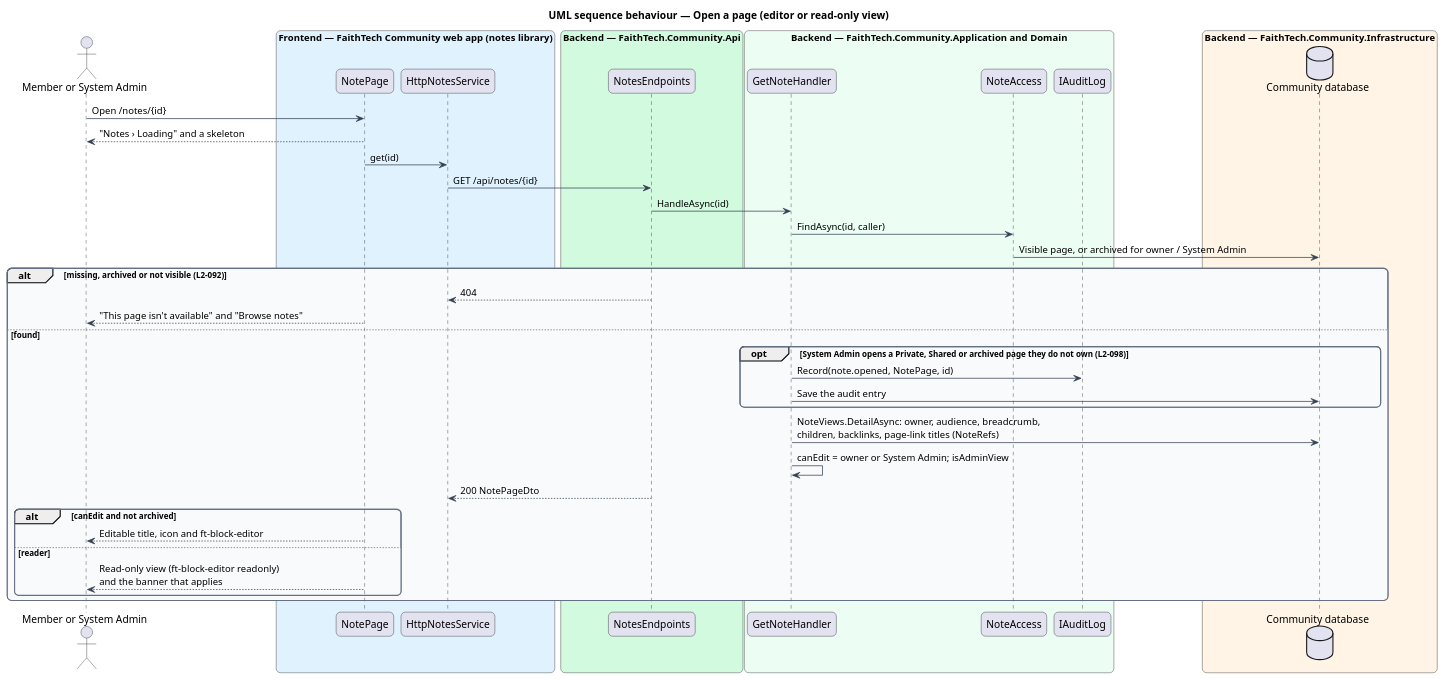
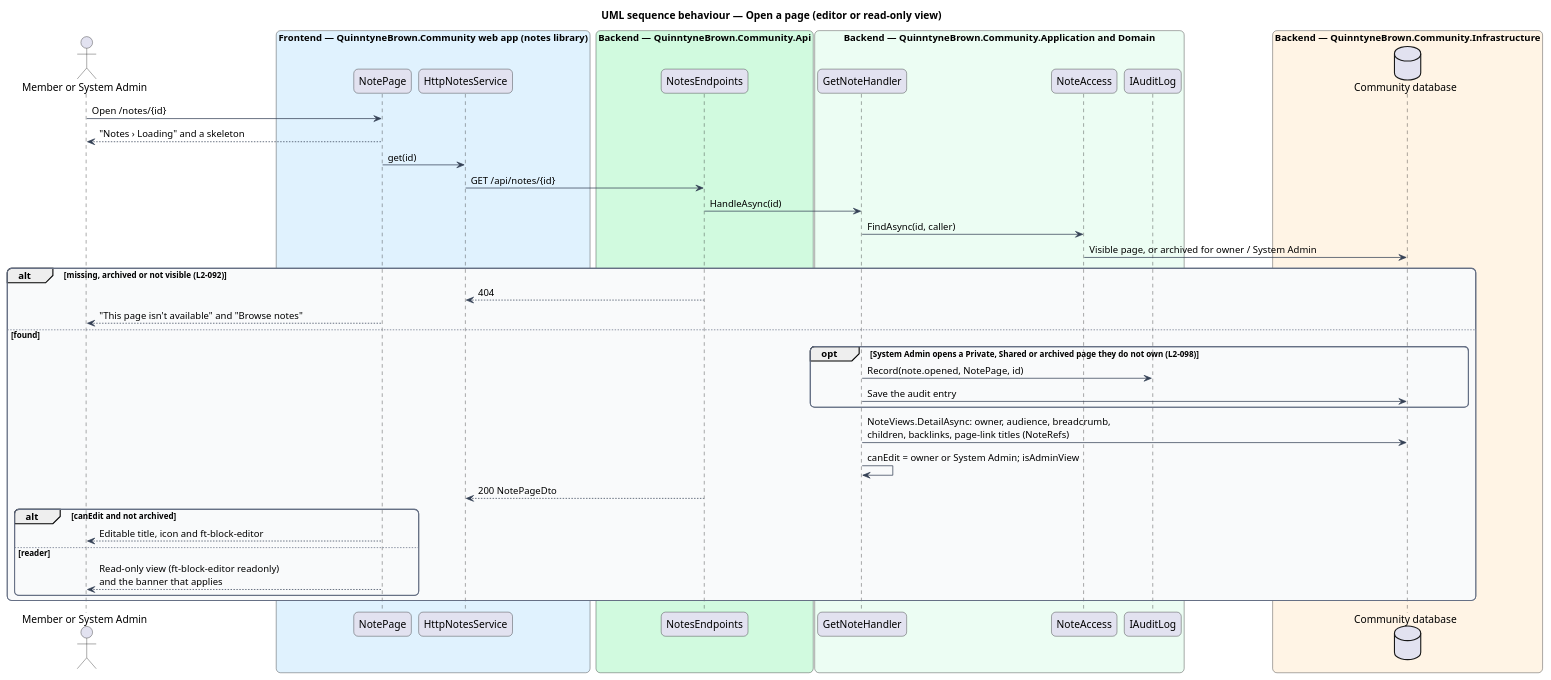
One commit to QuinntyneBrown/quinntyne-brown changed the diagram in docs/detailed-designs/notes/pages-and-list/diagrams/sequence-open-page.puml. Above: the diagram before and after it, drawn with PlantUML. The commit also changed 1957 other files, not shown here.

First line of the commit message:
Rebrand to QuinntyneBrown.Community

```diff
--- a/docs/detailed-designs/notes/pages-and-list/diagrams/sequence-open-page.puml
+++ b/docs/detailed-designs/notes/pages-and-list/diagrams/sequence-open-page.puml
@@ -1,57 +1,57 @@
 @startuml
 title UML sequence behaviour — Open a page (editor or read-only view)
 skinparam backgroundColor #FFFFFF
 skinparam shadowing false
 skinparam roundcorner 12
 skinparam defaultFontName Arial
 skinparam ArrowColor #344054
 skinparam rectangle {
   BorderColor #344054
   FontColor #101828
 }
 skinparam package {
   BorderColor #667085
   FontColor #101828
   BackgroundColor #F9FAFB
 }
 actor "Member or System Admin" as actor
-box "Frontend — FaithTech Community web app (notes library)" #E0F2FE
+box "Frontend — QuinntyneBrown.Community web app (notes library)" #E0F2FE
   participant "NotePage" as page
   participant "HttpNotesService" as svc
 end box
-box "Backend — FaithTech.Community.Api" #D1FADF
+box "Backend — QuinntyneBrown.Community.Api" #D1FADF
   participant "NotesEndpoints" as ep
 end box
-box "Backend — FaithTech.Community.Application and Domain" #ECFDF3
+box "Backend — QuinntyneBrown.Community.Application and Domain" #ECFDF3
   participant "GetNoteHandler" as h
   participant "NoteAccess" as acc
   participant "IAuditLog" as audit
 end box
-box "Backend — FaithTech.Community.Infrastructure" #FFF4E5
+box "Backend — QuinntyneBrown.Community.Infrastructure" #FFF4E5
   database "Community database" as db
 end box
 actor -> page : Open /notes/{id}
 page --> actor : "Notes › Loading" and a skeleton
 page -> svc : get(id)
 svc -> ep : GET /api/notes/{id}
 ep -> h : HandleAsync(id)
 h -> acc : FindAsync(id, caller)
 acc -> db : Visible page, or archived for owner / System Admin
 alt missing, archived or not visible (L2-092)
   ep --> svc : 404
   page --> actor : "This page isn't available" and "Browse notes"
 else found
   opt System Admin opens a Private, Shared or archived page they do not own (L2-098)
     h -> audit : Record(note.opened, NotePage, id)
     h -> db : Save the audit entry
   end
   h -> db : NoteViews.DetailAsync: owner, audience, breadcrumb,\nchildren, backlinks, page-link titles (NoteRefs)
   h -> h : canEdit = owner or System Admin; isAdminView
   ep --> svc : 200 NotePageDto
   alt canEdit and not archived
     page --> actor : Editable title, icon and ft-block-editor
   else reader
     page --> actor : Read-only view (ft-block-editor readonly)\nand the banner that applies
   end
 end
 @enduml
```
